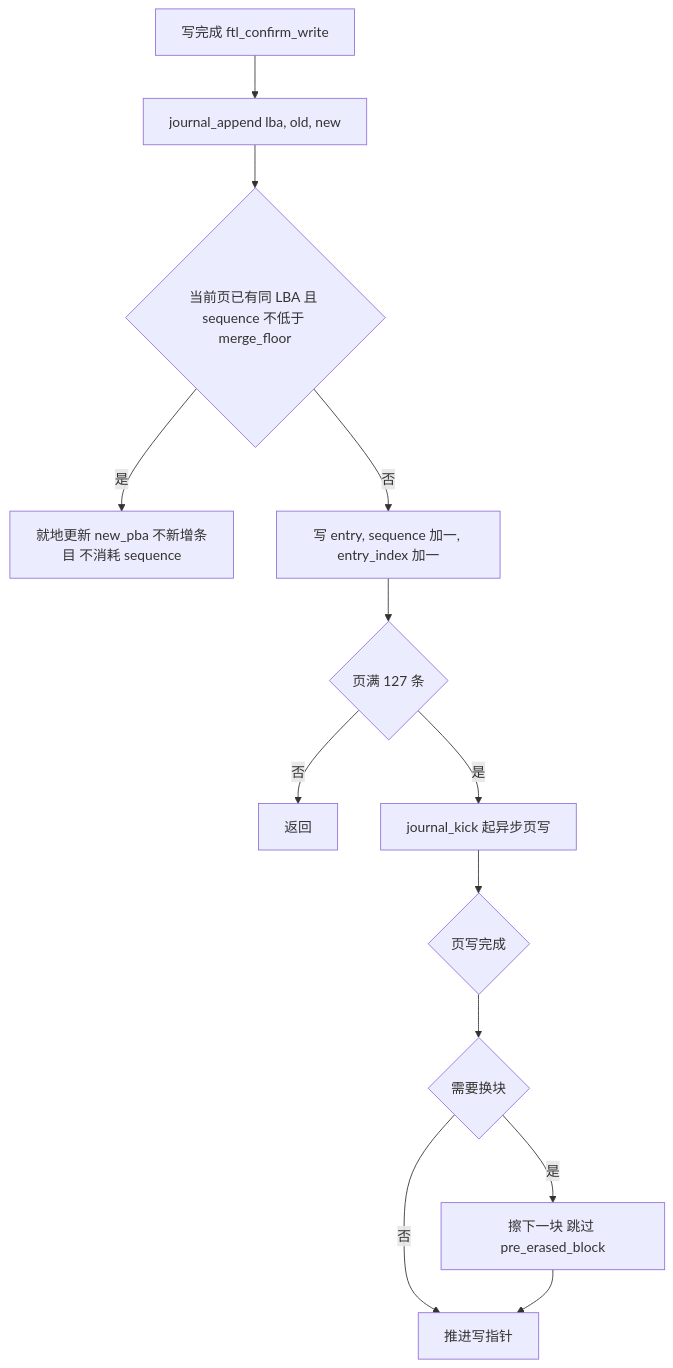
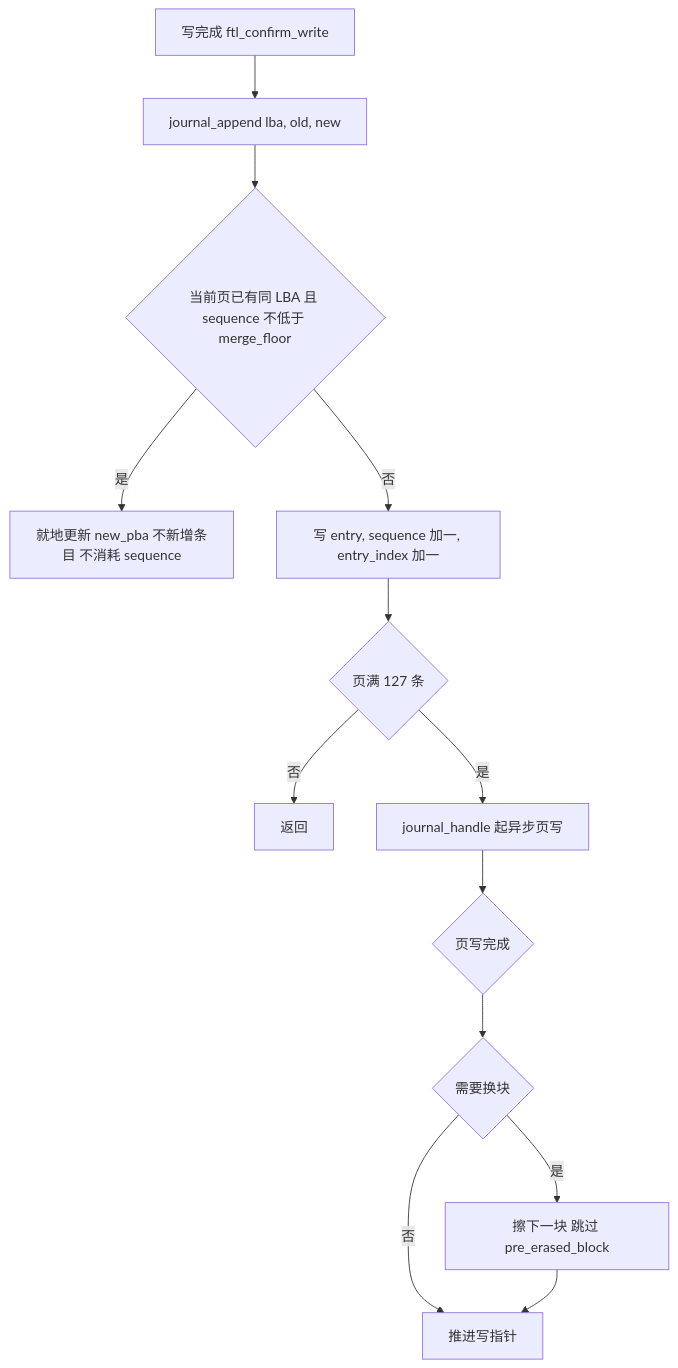
Diagram 15 of 32 in docs/design/ftl_design.md (YzYMIAO/BASESSD), drawn with Mermaid before and after one commit. The commit also changed other lines of this file and 46 other files, not shown here.

````diff
--- a/docs/design/ftl_design.md
+++ b/docs/design/ftl_design.md
@@ -2201,15 +2201,15 @@
 ```mermaid
 flowchart TD
     A["写完成 ftl_confirm_write"] --> B["journal_append lba, old, new"]
     B --> C{"当前页已有同 LBA 且 sequence 不低于 merge_floor"}
     C -- "是" --> D["就地更新 new_pba 不新增条目 不消耗 sequence"]
     C -- "否" --> E["写 entry, sequence 加一, entry_index 加一"]
     E --> F{"页满 127 条"}
     F -- "否" --> G["返回"]
-    F -- "是" --> H["journal_kick 起异步页写"]
+    F -- "是" --> H["journal_handle 起异步页写"]
     H --> I{"页写完成"}
     I --> J{"需要换块"}
     J -- "否" --> K["推进写指针"]
     J -- "是" --> L["擦下一块 跳过 pre_erased_block"]
     L --> K
 ```
````
